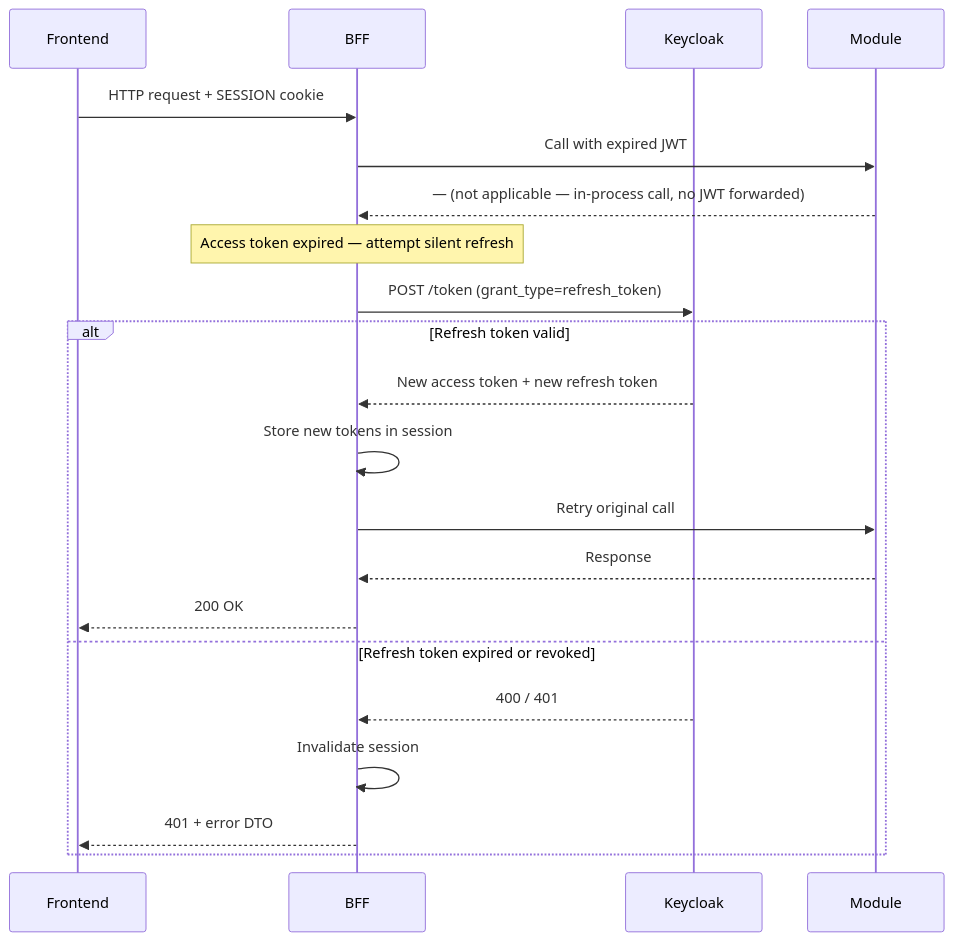
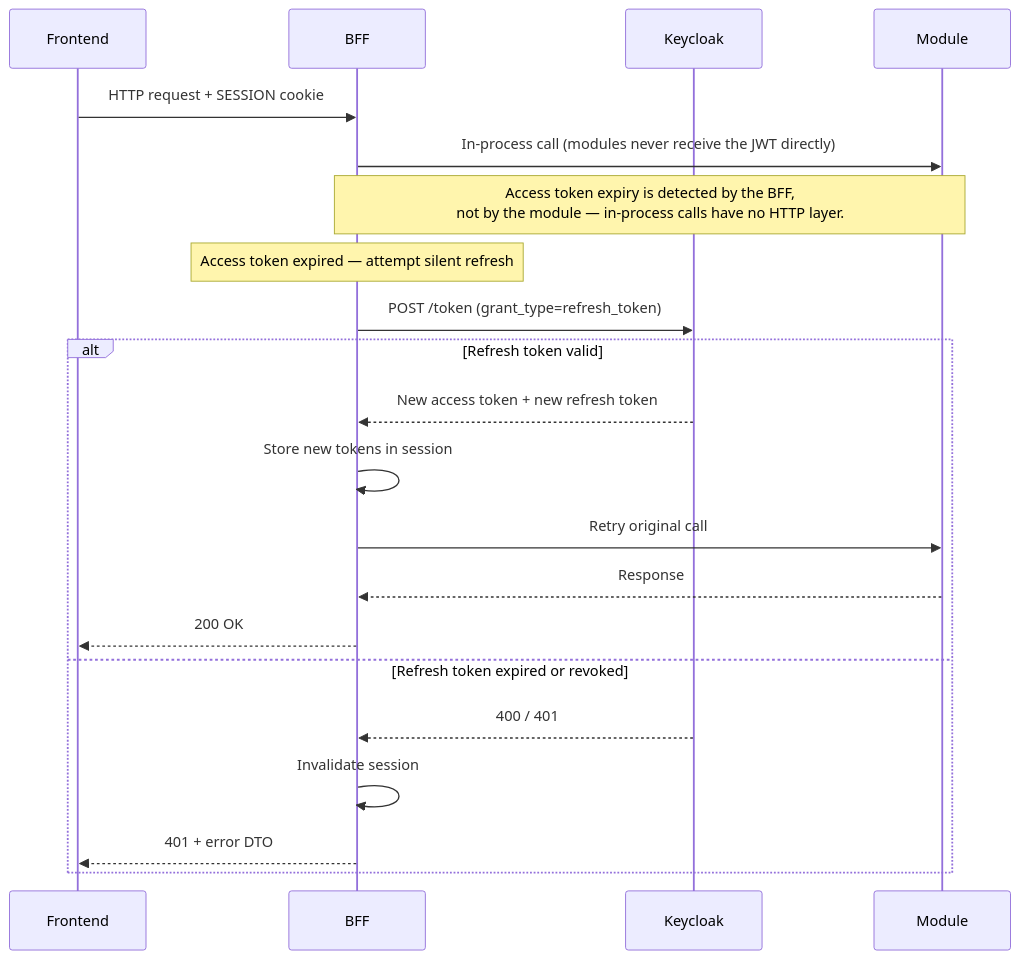
The diagram in technical/guidelines/infrastructure.md (laucoin/my-project--documentation), drawn with Mermaid before and after one commit. The commit also changed 58 other files, not shown here.

````diff
--- a/technical/guidelines/infrastructure.md
+++ b/technical/guidelines/infrastructure.md
@@ -113,24 +113,24 @@
 ```mermaid
 sequenceDiagram
     participant Frontend
     participant BFF
     participant Keycloak
     participant Module
 
     Frontend ->> BFF: HTTP request + SESSION cookie
-    BFF ->> Module: Call with expired JWT
-    Module -->> BFF: — (not applicable — in-process call, no JWT forwarded)
+    BFF ->> Module: In-process call (modules never receive the JWT directly)
+    Note over BFF,Module: Access token expiry is detected by the BFF,<br/>not by the module — in-process calls have no HTTP layer.
     Note over BFF: Access token expired — attempt silent refresh
     BFF ->> Keycloak: POST /token (grant_type=refresh_token)
     alt Refresh token valid
         Keycloak -->> BFF: New access token + new refresh token
         BFF ->> BFF: Store new tokens in session
         BFF ->> Module: Retry original call
         Module -->> BFF: Response
         BFF -->> Frontend: 200 OK
     else Refresh token expired or revoked
         Keycloak -->> BFF: 400 / 401
         BFF ->> BFF: Invalidate session
         BFF -->> Frontend: 401 + error DTO
     end
 ```
````
